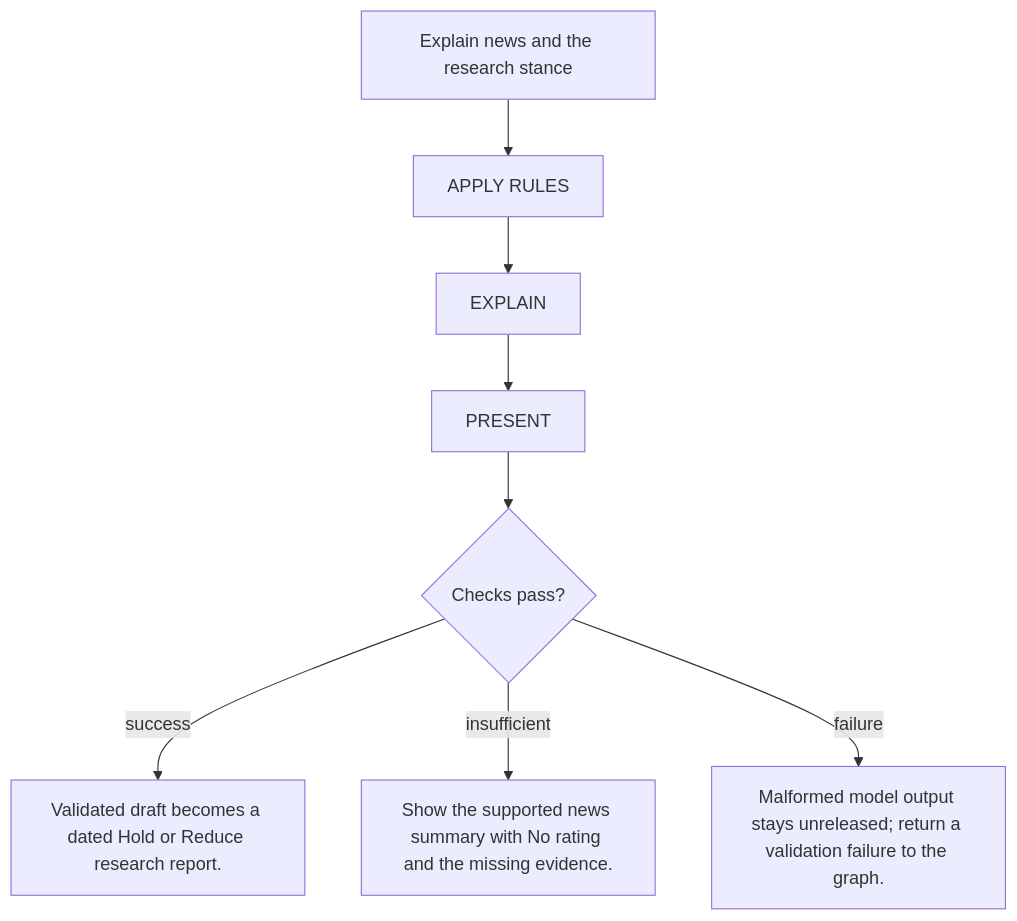
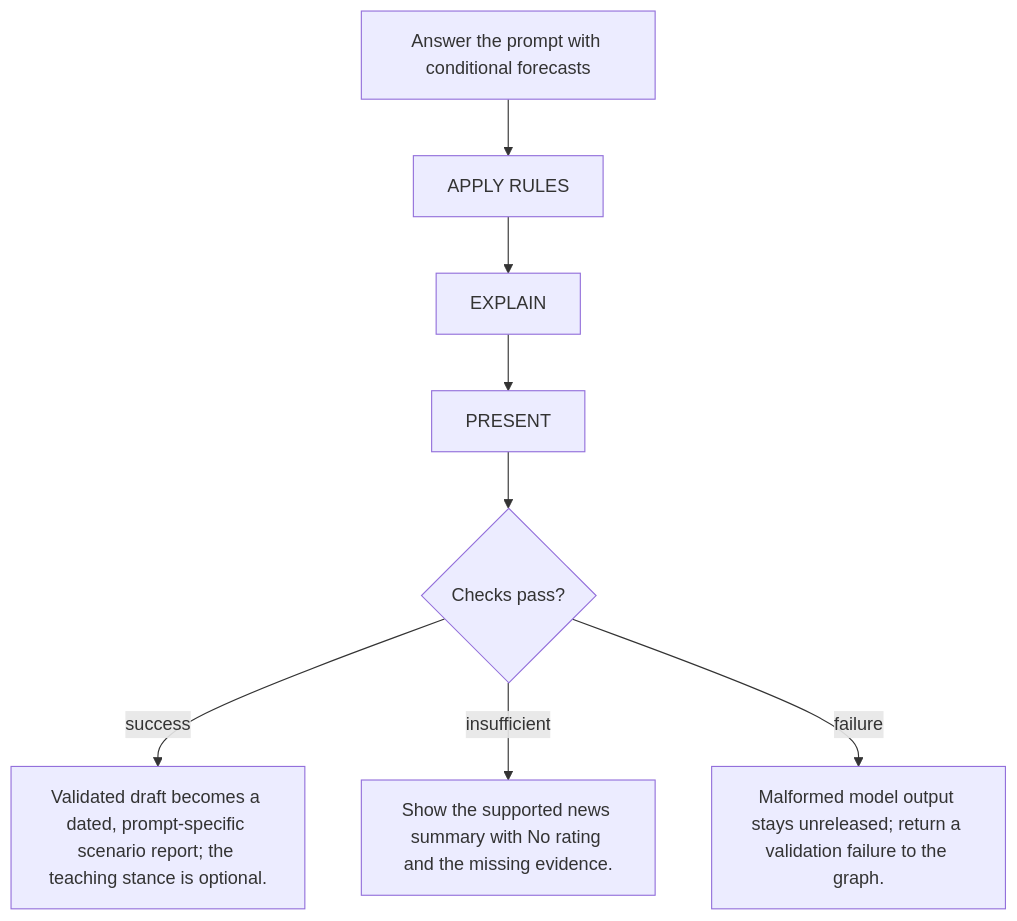
One commit to ByronHo68/ai-learning-academy changed the fifth of 11 diagrams in public/downloads/financial-report-development-proposal.md. Above: the diagram before and after it, drawn with Mermaid. The commit also changed other lines of this file and 36 other files, not shown here.

Commit message:
Add measured news research design, observability and evaluation evidence

````diff
--- a/public/downloads/financial-report-development-proposal.md
+++ b/public/downloads/financial-report-development-proposal.md
@@ -900,14 +1038,14 @@
 ```mermaid
 flowchart TD
-  input["Explain news and the research stance"]
+  input["Answer the prompt with conditional forecasts"]
   s0["APPLY RULES"]
   input --> s0
   s1["EXPLAIN"]
   s0 --> s1
   s2["PRESENT"]
   s1 --> s2
   s2 --> check{Checks pass?}
-  check -->|success| b0["Validated draft becomes a dated Hold or Reduce research report."]
+  check -->|success| b0["Validated draft becomes a dated, prompt-specific scenario report; the teaching stance is optional."]
   check -->|insufficient| b1["Show the supported news summary with No rating and the missing evidence."]
   check -->|failure| b2["Malformed model output stays unreleased; return a validation failure to the graph."]
 ```
````
